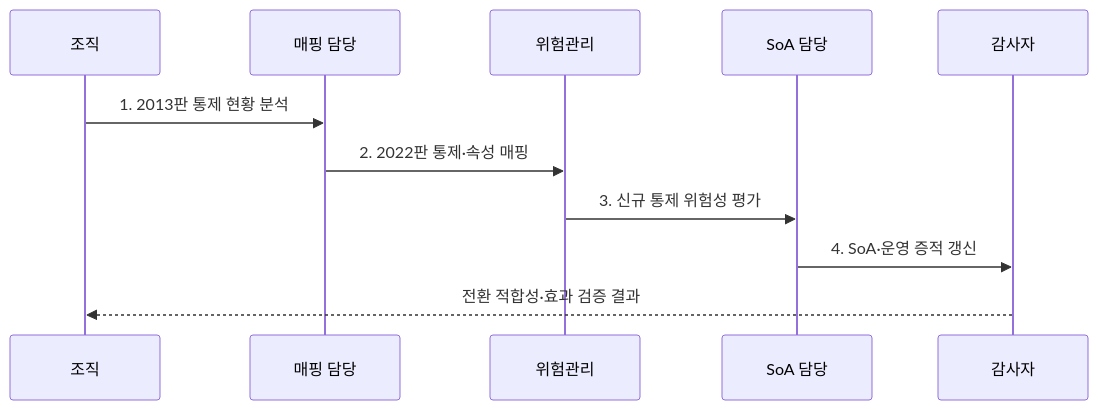
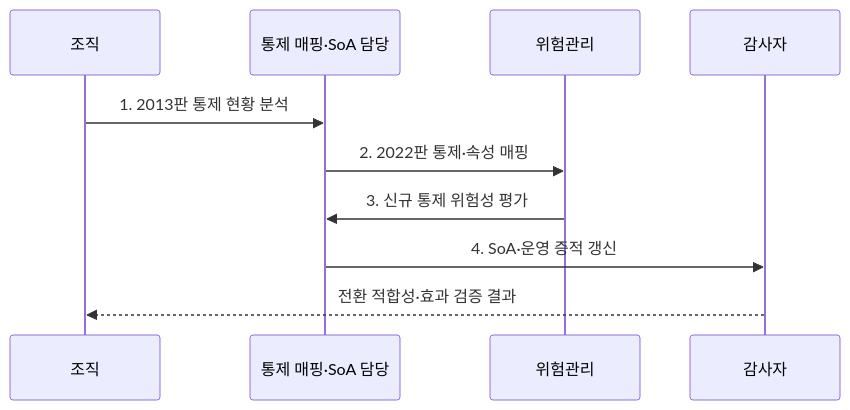
Before and after one commit to agnusdei1207/knowledge-base: the second of 2 diagrams in src/content/docs/notes/05-security/106_iso_27001_2022_revision.md, drawn with Mermaid. The commit also changed 9 other files, not shown here.

Commit message:
Streamline privacy governance sequences

````diff
--- a/src/content/docs/notes/05-security/106_iso_27001_2022_revision.md
+++ b/src/content/docs/notes/05-security/106_iso_27001_2022_revision.md
@@ -98,13 +98,12 @@
 ```mermaid
 sequenceDiagram
   participant O as 조직
-  participant M as 매핑 담당
+  participant M as 통제 매핑·SoA 담당
   participant R as 위험관리
-  participant S as SoA 담당
   participant A as 감사자
   O->>M: 1. 2013판 통제 현황 분석
   M->>R: 2. 2022판 통제·속성 매핑
-  R->>S: 3. 신규 통제 위험성 평가
-  S->>A: 4. SoA·운영 증적 갱신
+  R->>M: 3. 신규 통제 위험성 평가
+  M->>A: 4. SoA·운영 증적 갱신
   A-->>O: 전환 적합성·효과 검증 결과
 ```
````
